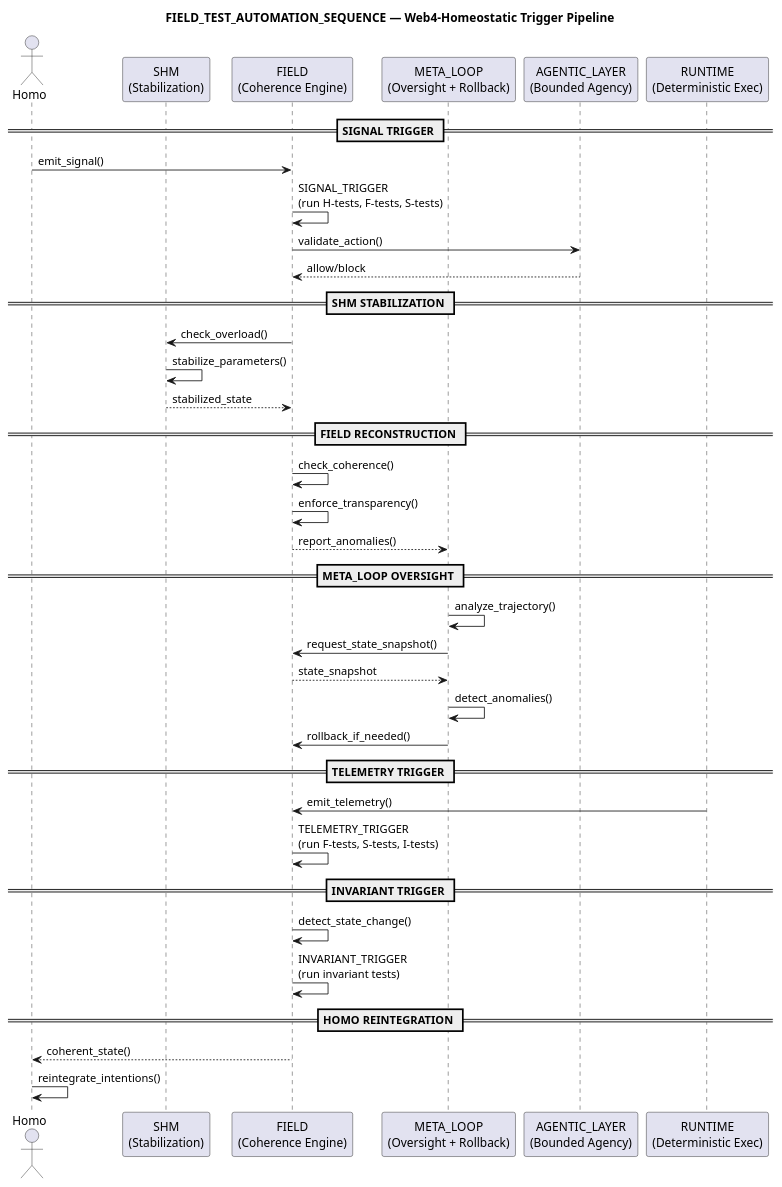
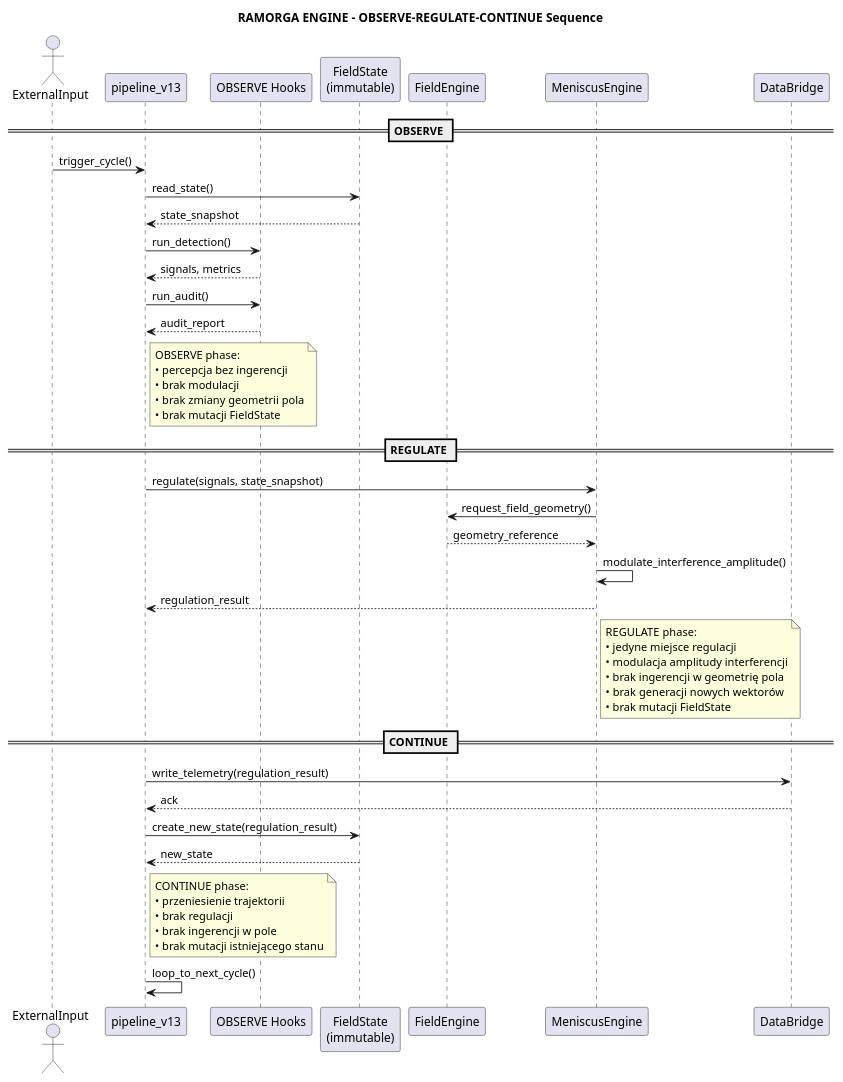
The diagram in 02_field_engine/FIELD_TEST_AUTOMATION_SEQUENCE.puml (hanka5-svg/ramorga-architecture), drawn with PlantUML before and after one commit.

```diff
--- a/02_field_engine/FIELD_TEST_AUTOMATION_SEQUENCE.puml
+++ b/02_field_engine/FIELD_TEST_AUTOMATION_SEQUENCE.puml
@@ -1,46 +1,68 @@
 @startuml
-title FIELD_TEST_AUTOMATION_SEQUENCE — Web4‑Homeostatic Trigger Pipeline
+title RAMORGA ENGINE – OBSERVE–REGULATE–CONTINUE Sequence
 
-actor Homo
-participant "SHM\n(Stabilization)" as SHM
-participant "FIELD\n(Coherence Engine)" as FIELD
-participant "META_LOOP\n(Oversight + Rollback)" as META
-participant "AGENTIC_LAYER\n(Bounded Agency)" as AGENTIC
-participant "RUNTIME\n(Deterministic Exec)" as RT
+actor ExternalInput as EI
+participant "pipeline_v13" as P13
+participant "OBSERVE Hooks" as HOOKS
+participant "FieldState\n(immutable)" as FS
+participant "FieldEngine" as FE
+participant "MeniscusEngine" as ME
+participant "DataBridge" as DB
 
-== SIGNAL TRIGGER ==
-Homo -> FIELD : emit_signal()
-FIELD -> FIELD : SIGNAL_TRIGGER\n(run H-tests, F-tests, S-tests)
-FIELD -> AGENTIC : validate_action()
-AGENTIC --> FIELD : allow/block
+== OBSERVE ==
 
-== SHM STABILIZATION ==
-FIELD -> SHM : check_overload()
-SHM -> SHM : stabilize_parameters()
-SHM --> FIELD : stabilized_state
+EI -> P13: trigger_cycle()
+P13 -> FS: read_state()
+FS --> P13: state_snapshot
 
-== FIELD RECONSTRUCTION ==
-FIELD -> FIELD : check_coherence()
-FIELD -> FIELD : enforce_transparency()
-FIELD --> META : report_anomalies()
+P13 -> HOOKS: run_detection()
+HOOKS --> P13: signals, metrics
 
-== META_LOOP OVERSIGHT ==
-META -> META : analyze_trajectory()
-META -> FIELD : request_state_snapshot()
-FIELD --> META : state_snapshot
-META -> META : detect_anomalies()
-META -> FIELD : rollback_if_needed()
+P13 -> HOOKS: run_audit()
+HOOKS --> P13: audit_report
 
-== TELEMETRY TRIGGER ==
-RT -> FIELD : emit_telemetry()
-FIELD -> FIELD : TELEMETRY_TRIGGER\n(run F-tests, S-tests, I-tests)
+note right of P13
+OBSERVE phase:
+• percepcja bez ingerencji
+• brak modulacji
+• brak zmiany geometrii pola
+• brak mutacji FieldState
+end note
 
-== INVARIANT TRIGGER ==
-FIELD -> FIELD : detect_state_change()
-FIELD -> FIELD : INVARIANT_TRIGGER\n(run invariant tests)
+== REGULATE ==
 
-== HOMO REINTEGRATION ==
-FIELD --> Homo : coherent_state()
-Homo -> Homo : reintegrate_intentions()
+P13 -> ME: regulate(signals, state_snapshot)
+ME -> FE: request_field_geometry()
+FE --> ME: geometry_reference
+
+ME -> ME: modulate_interference_amplitude()
+ME --> P13: regulation_result
+
+note right of ME
+REGULATE phase:
+• jedyne miejsce regulacji
+• modulacja amplitudy interferencji
+• brak ingerencji w geometrię pola
+• brak generacji nowych wektorów
+• brak mutacji FieldState
+end note
+
+== CONTINUE ==
+
+P13 -> DB: write_telemetry(regulation_result)
+DB --> P13: ack
+
+P13 -> FS: create_new_state(regulation_result)
+FS --> P13: new_state
+
+note right of P13
+CONTINUE phase:
+• przeniesienie trajektorii
+• brak regulacji
+• brak ingerencji w pole
+• brak mutacji istniejącego stanu
+end note
+
+P13 -> P13: loop_to_next_cycle()
 
 @enduml
```
